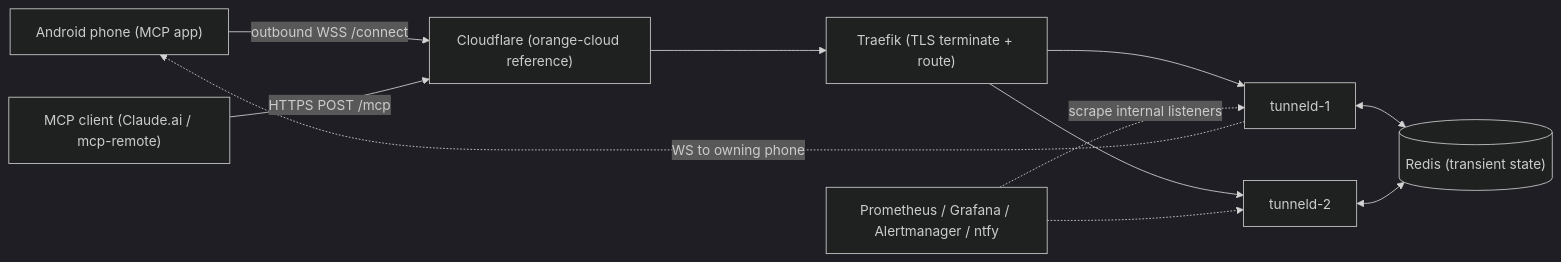
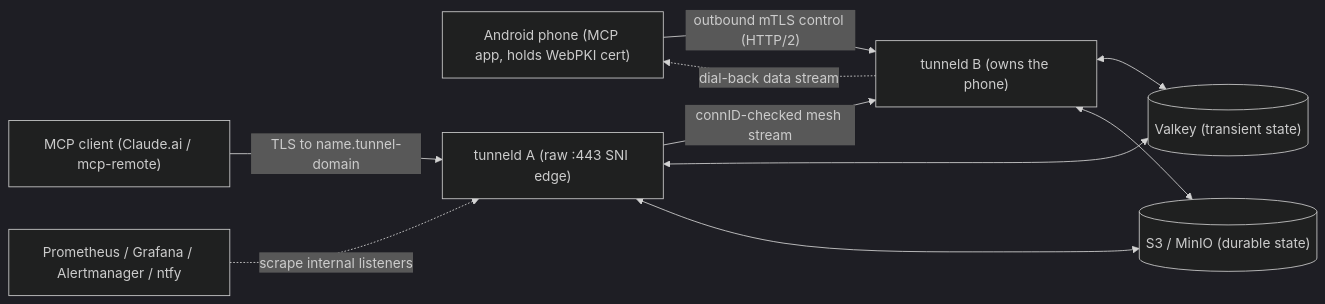
One commit to danielealbano/android-remote-control-mcp-tunneld changed the diagram in docs/PROJECT.md. Above: the diagram before and after it, drawn with Mermaid (dark theme). The commit also changed other lines of this file and 4 other files, not shown here.

First line of the commit message:
docs(docs): US15 — rewrite canonical docs + project.md for the E2E architecture

````diff
--- a/docs/PROJECT.md
+++ b/docs/PROJECT.md
@@ -22,22 +25,20 @@
 ```mermaid
 flowchart LR
-  phone["Android phone (MCP app)"]
-  mcpclient["MCP client (Claude.ai / mcp-remote)"]
-  cf["Cloudflare (orange-cloud reference)"]
-  traefik["Traefik (TLS terminate + route)"]
-  t1["tunneld-1"]
-  t2["tunneld-2"]
-  redis[("Redis (transient state)")]
+  phone["Android phone (MCP app, holds WebPKI cert)"]
+  client["MCP client (Claude.ai / mcp-remote)"]
+  ta["tunneld A (raw :443 SNI edge)"]
+  tb["tunneld B (owns the phone)"]
+  valkey[("Valkey (transient state)")]
+  s3[("S3 / MinIO (durable state)")]
   prom["Prometheus / Grafana / Alertmanager / ntfy"]
 
-  phone -- "outbound WSS /connect" --> cf
-  mcpclient -- "HTTPS POST /mcp" --> cf
-  cf --> traefik
-  traefik --> t1
-  traefik --> t2
-  t1 <--> redis
-  t2 <--> redis
-  t1 -. "WS to owning phone" .-> phone
-  prom -. "scrape internal listeners" .-> t1
-  prom -. " " .-> t2
+  phone -- "outbound mTLS control (HTTP/2)" --> tb
+  client -- "TLS to name.tunnel-domain" --> ta
+  ta -- "connID-checked mesh stream" --> tb
+  tb -. "dial-back data stream" .-> phone
+  ta <--> valkey
+  tb <--> valkey
+  ta <--> s3
+  tb <--> s3
+  prom -. "scrape internal listeners" .-> ta
 ```
````
